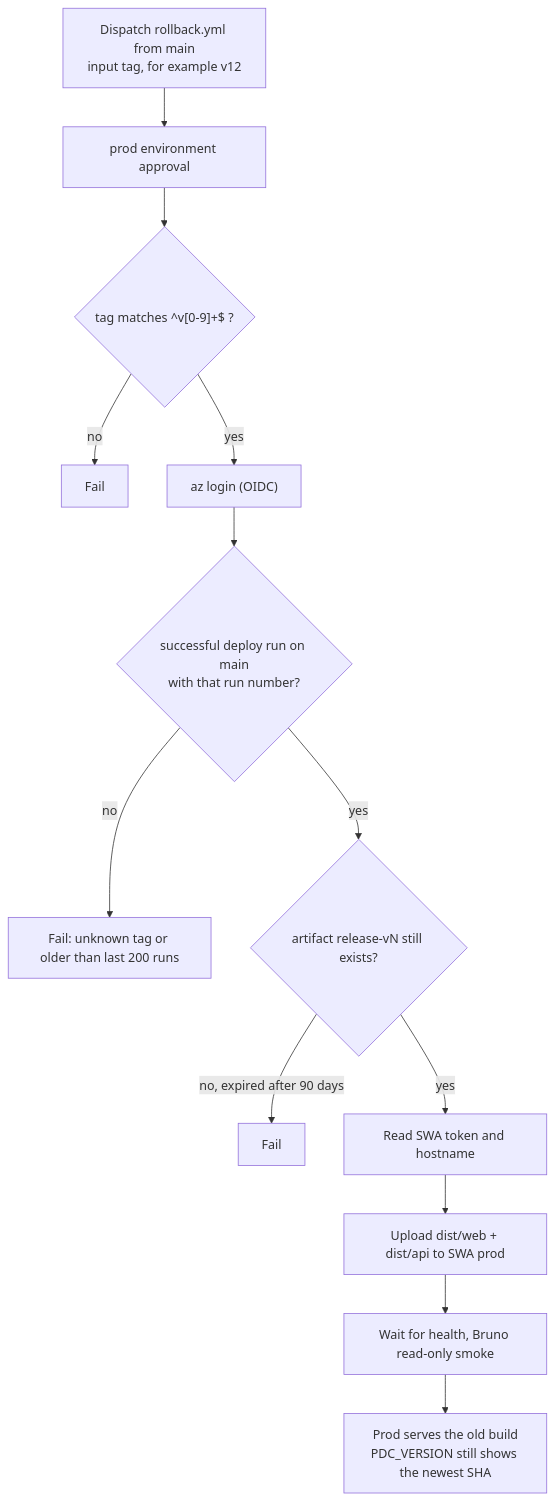
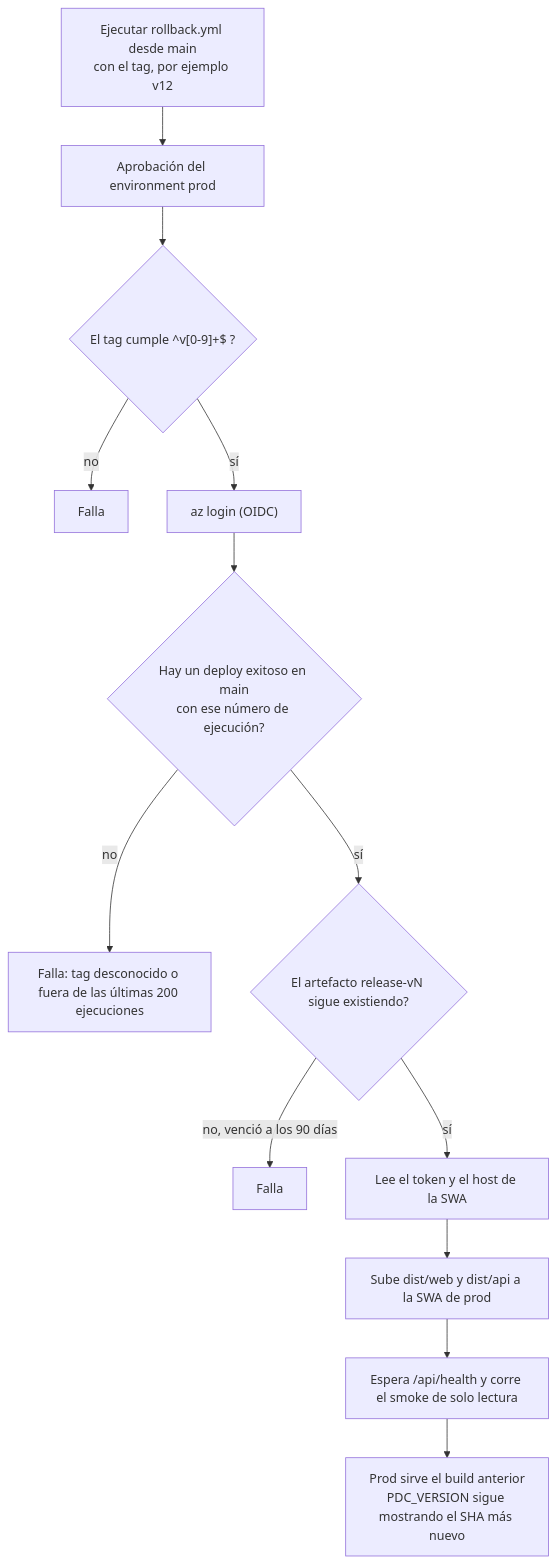
The diagram in docs/diagramas/rollback.md (Andr3xDev/migas-en-la-nube), drawn with Mermaid before and after one commit. The commit also changed other lines of this file and 4 other files, not shown here.

Commit message:
docs: add context and network diagrams, translate existing ones

````diff
--- a/docs/diagramas/rollback.md
+++ b/docs/diagramas/rollback.md
@@ -5,15 +5,15 @@
 ```mermaid
 flowchart TD
-    Start["Dispatch rollback.yml from main<br/>input tag, for example v12"] --> Approve["prod environment approval"]
-    Approve --> Check{"tag matches ^v[0-9]+$ ?"}
-    Check -->|no| Fail1["Fail"]
-    Check -->|yes| Login["az login (OIDC)"]
-    Login --> Find{"successful deploy run on main<br/>with that run number?"}
-    Find -->|no| Fail2["Fail: unknown tag or older than last 200 runs"]
-    Find -->|yes| Download{"artifact release-vN still exists?"}
-    Download -->|"no, expired after 90 days"| Fail3["Fail"]
-    Download -->|yes| Key["Read SWA token and hostname"]
-    Key --> Upload["Upload dist/web + dist/api to SWA prod"]
-    Upload --> Smoke["Wait for health, Bruno read-only smoke"]
-    Smoke --> Done["Prod serves the old build<br/>PDC_VERSION still shows the newest SHA"]
+    Start["Ejecutar rollback.yml desde main<br/>con el tag, por ejemplo v12"] --> Approve["Aprobación del environment prod"]
+    Approve --> Check{"El tag cumple ^v[0-9]+$ ?"}
+    Check -->|no| Fail1["Falla"]
+    Check -->|sí| Login["az login (OIDC)"]
+    Login --> Find{"Hay un deploy exitoso en main<br/>con ese número de ejecución?"}
+    Find -->|no| Fail2["Falla: tag desconocido o fuera de las últimas 200 ejecuciones"]
+    Find -->|sí| Download{"El artefacto release-vN sigue existiendo?"}
+    Download -->|"no, venció a los 90 días"| Fail3["Falla"]
+    Download -->|sí| Key["Lee el token y el host de la SWA"]
+    Key --> Upload["Sube dist/web y dist/api a la SWA de prod"]
+    Upload --> Smoke["Espera /api/health y corre el smoke de solo lectura"]
+    Smoke --> Done["Prod sirve el build anterior<br/>PDC_VERSION sigue mostrando el SHA más nuevo"]
 ```
````
